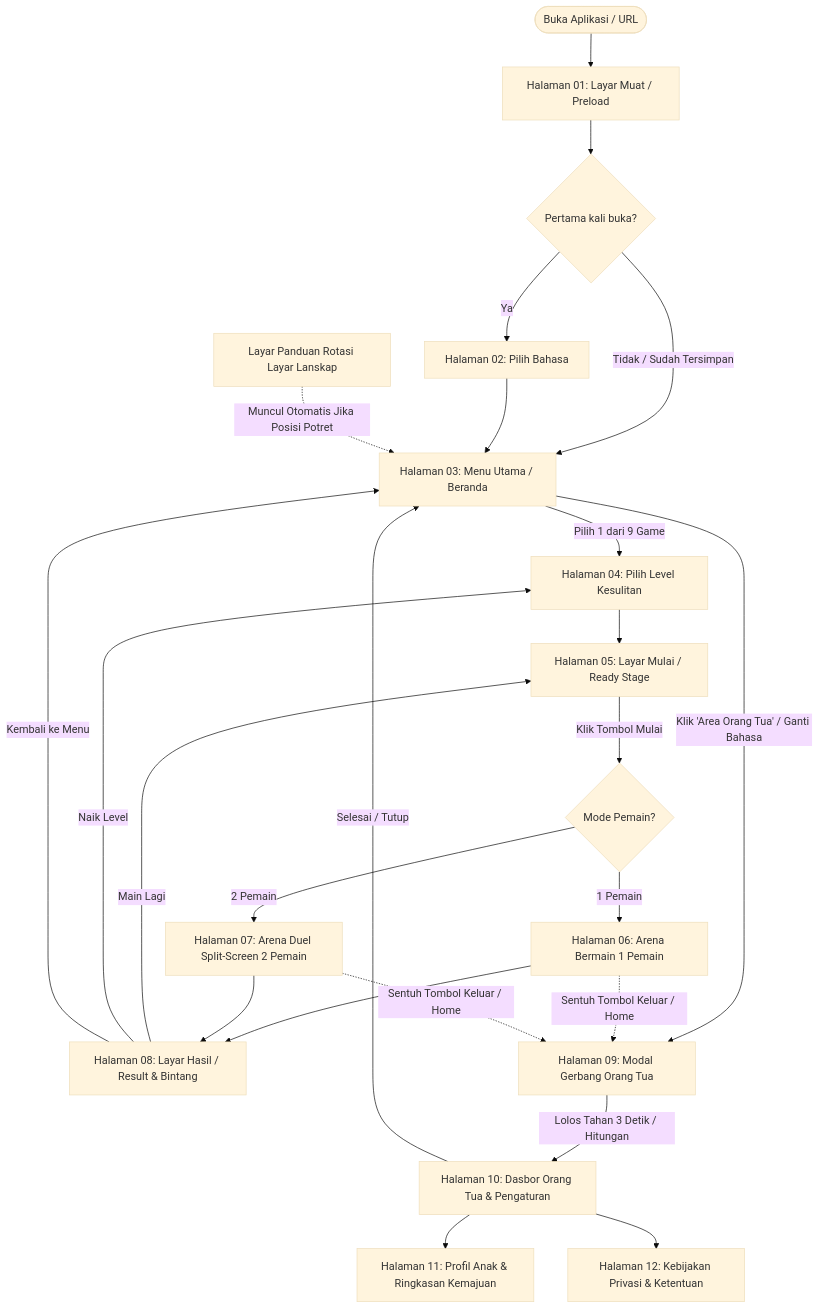
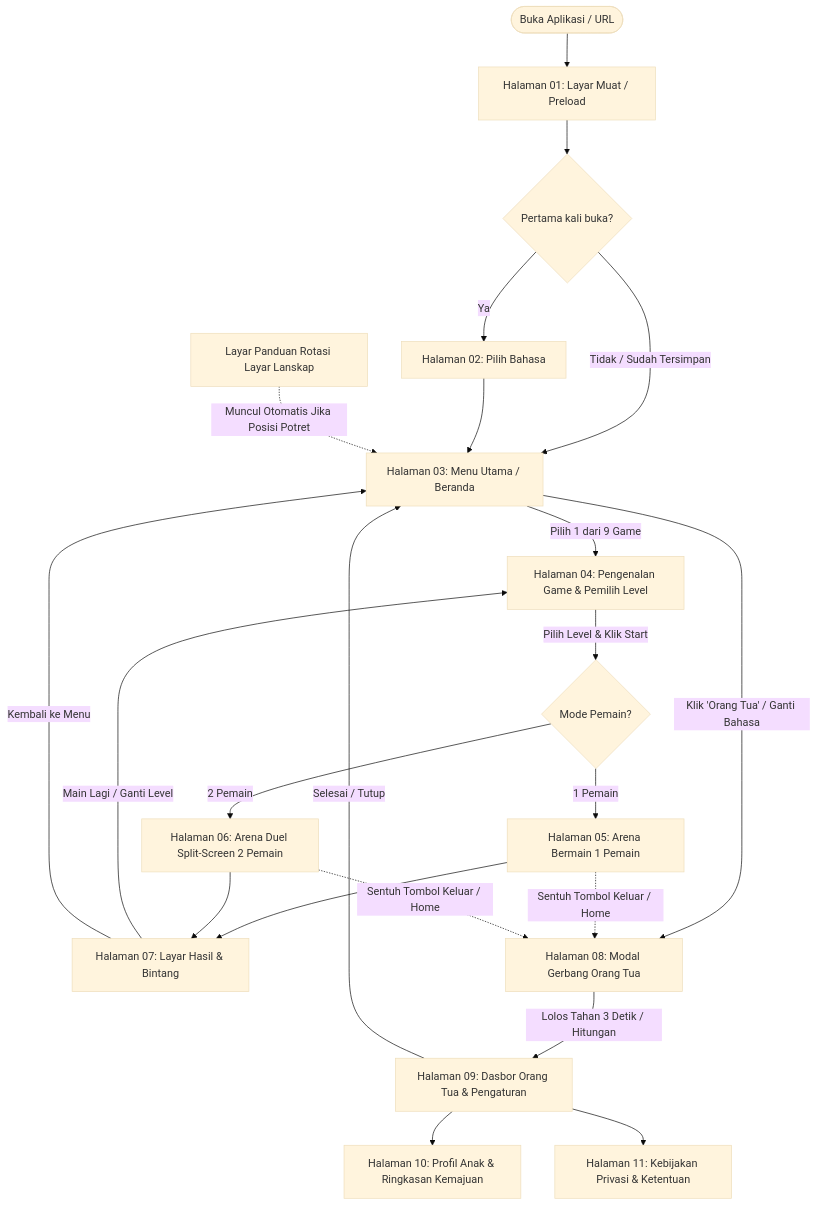
One commit to bentokawan/playwithmsziya changed the diagram in docs/page.md. Above: the diagram before and after it, drawn with Mermaid (base theme). The commit also changed other lines of this file and 28 other files, not shown here.

````diff
--- a/docs/page.md
+++ b/docs/page.md
@@ -9,41 +9,38 @@
 ```mermaid
 flowchart TD
     Start([Buka Aplikasi / URL]) --> P01[Halaman 01: Layar Muat / Preload]
-    
+
     P01 --> CheckFirstTime{Pertama kali buka?}
     CheckFirstTime -- Ya --> P02[Halaman 02: Pilih Bahasa]
     CheckFirstTime -- Tidak / Sudah Tersimpan --> P03[Halaman 03: Menu Utama / Beranda]
     P02 --> P03
 
     %% Alur Menu Utama ke Permainan
-    P03 -->|Pilih 1 dari 9 Game| P04[Halaman 04: Pilih Level Kesulitan]
-    
-    %% Catatan: Mode 1P / 2P bisa dipilih langsung di Dock Home atau di alur ini
-    P04 --> P05[Halaman 05: Layar Mulai / Ready Stage]
-    
-    P05 -->|Klik Tombol Mulai| CheckMode{Mode Pemain?}
-    CheckMode -- 1 Pemain --> P06[Halaman 06: Arena Bermain 1 Pemain]
-    CheckMode -- 2 Pemain --> P07[Halaman 07: Arena Duel Split-Screen 2 Pemain]
+    P03 -->|Pilih 1 dari 9 Game| P04[Halaman 04: Pengenalan Game & Pemilih Level]
+
+    %% Memilih Level dan Memulai Permainan dalam Satu Halaman
+    P04 -->|Pilih Level & Klik Start| CheckMode{Mode Pemain?}
+    CheckMode -- 1 Pemain --> P05[Halaman 05: Arena Bermain 1 Pemain]
+    CheckMode -- 2 Pemain --> P06[Halaman 06: Arena Duel Split-Screen 2 Pemain]
 
     %% Selesai Game
-    P06 --> P08[Halaman 08: Layar Hasil / Result & Bintang]
-    P07 --> P08
+    P05 --> P07[Halaman 07: Layar Hasil & Bintang]
+    P06 --> P07
 
     %% Pilihan di Layar Hasil
-    P08 -->|Main Lagi| P05
-    P08 -->|Naik Level| P04
-    P08 -->|Kembali ke Menu| P03
+    P07 -->|Main Lagi / Ganti Level| P04
+    P07 -->|Kembali ke Menu| P03
 
     %% Alur Orang Tua & Pengaturan
-    P03 -->|Klik 'Area Orang Tua' / Ganti Bahasa| P09[Halaman 09: Modal Gerbang Orang Tua]
-    P09 -->|Lolos Tahan 3 Detik / Hitungan| P10[Halaman 10: Dasbor Orang Tua & Pengaturan]
-    
-    P10 --> P11[Halaman 11: Profil Anak & Ringkasan Kemajuan]
-    P10 --> P12[Halaman 12: Kebijakan Privasi & Ketentuan]
-    P10 -->|Selesai / Tutup| P03
+    P03 -->|Klik 'Orang Tua' / Ganti Bahasa| P08[Halaman 08: Modal Gerbang Orang Tua]
+    P08 -->|Lolos Tahan 3 Detik / Hitungan| P09[Halaman 09: Dasbor Orang Tua & Pengaturan]
+
+    P09 --> P10[Halaman 10: Profil Anak & Ringkasan Kemajuan]
+    P09 --> P11[Halaman 11: Kebijakan Privasi & Ketentuan]
+    P09 -->|Selesai / Tutup| P03
 
     %% Overlay Keamanan & Layar Khusus
-    P06 -.->|Sentuh Tombol Keluar / Home| P09
-    P07 -.->|Sentuh Tombol Keluar / Home| P09
+    P05 -.->|Sentuh Tombol Keluar / Home| P08
+    P06 -.->|Sentuh Tombol Keluar / Home| P08
     P00[Layar Panduan Rotasi Layar Lanskap] -.->|Muncul Otomatis Jika Posisi Potret| P03
 ```
````
